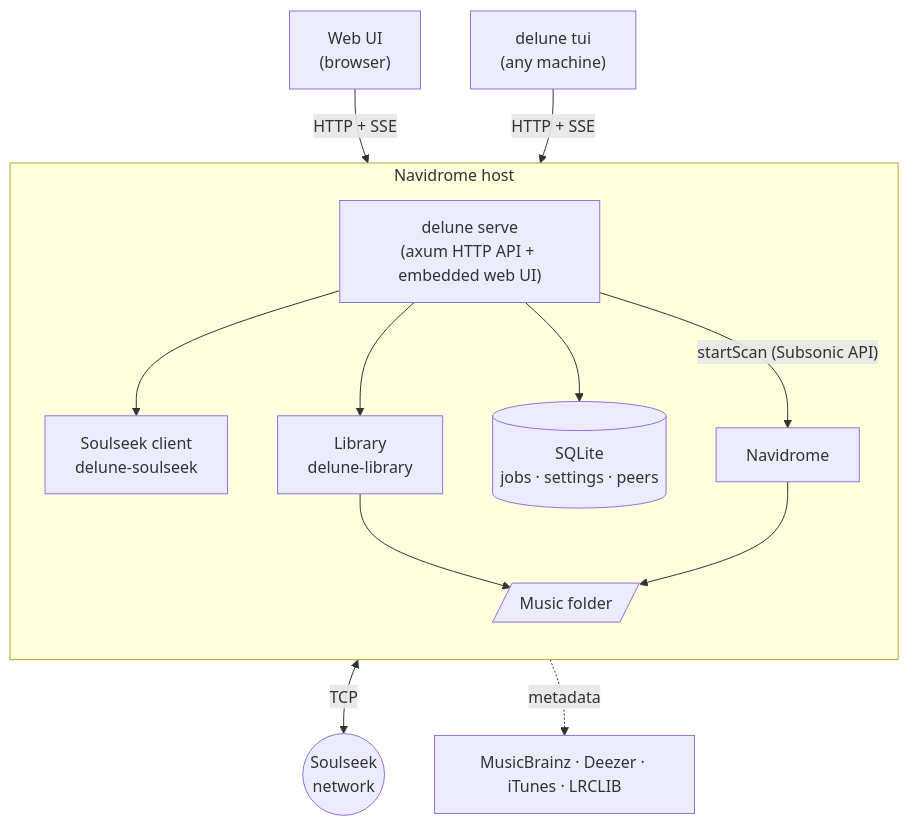
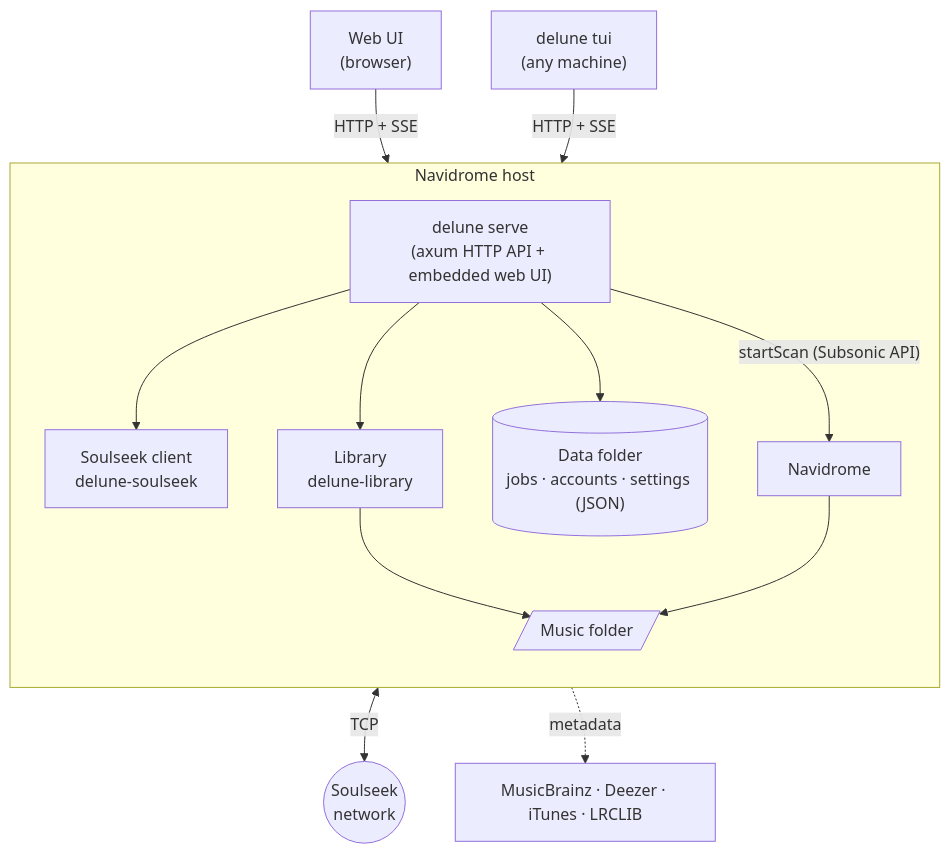
The first of 2 diagrams in docs/ARCHITECTURE.md (PndaMan/delune), drawn with Mermaid before and after one commit. The commit also changed other lines of this file and 11 other files, not shown here.

````diff
--- a/docs/ARCHITECTURE.md
+++ b/docs/ARCHITECTURE.md
@@ -9,22 +9,22 @@
 ```mermaid
 flowchart TB
     subgraph host["Navidrome host"]
         direction TB
         server["delune serve<br>(axum HTTP API + embedded web UI)"]
         slsk["Soulseek client<br>delune-soulseek"]
         lib["Library<br>delune-library"]
-        db[("SQLite<br>jobs · settings · peers")]
+        db[("Data folder<br>jobs · accounts · settings (JSON)")]
         music[/"Music folder"/]
         nd["Navidrome"]
         server --> slsk
         server --> lib
         server --> db
         lib --> music
         nd --> music
         server -- "startScan (Subsonic API)" --> nd
     end
     web["Web UI<br>(browser)"] -- HTTP + SSE --> server
     tui["delune tui<br>(any machine)"] -- HTTP + SSE --> server
     slsk <-- "TCP" --> network(("Soulseek<br>network"))
     server -. "metadata" .-> mb["MusicBrainz · Deezer · iTunes · LRCLIB"]
 ```
````
